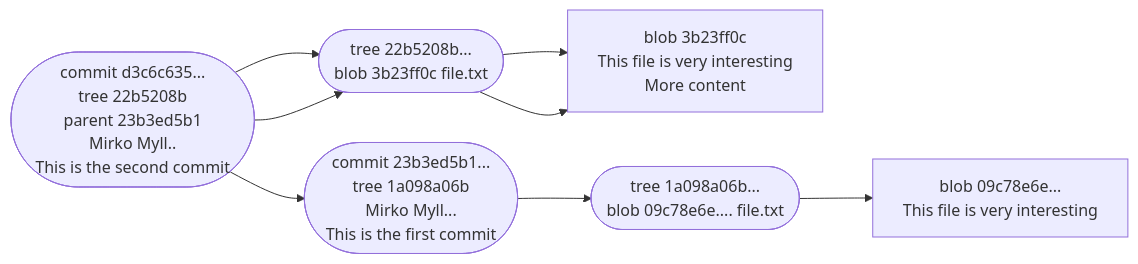
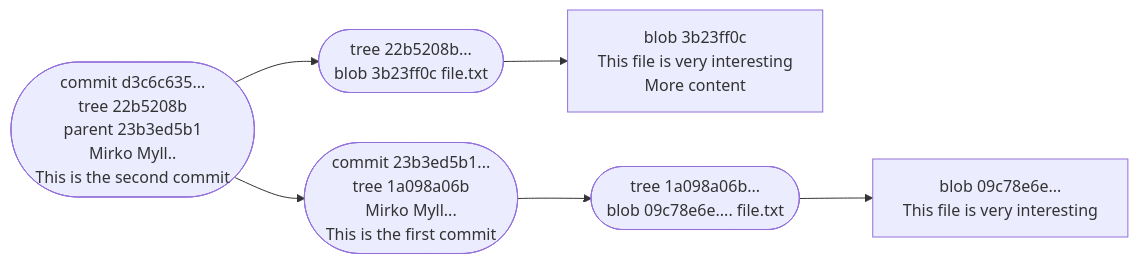
Diagram 15 of 26 in docs/basic-concepts.md (hpc2n/course-intro-git), drawn with Mermaid before and after one commit.

Commit message:
Adding lecture 3

````diff
--- a/docs/basic-concepts.md
+++ b/docs/basic-concepts.md
@@ -963,20 +963,17 @@
 ```mermaid
 graph LR
   secondcommit(["commit d3c6c635...<br>tree 22b5208b<br>parent 23b3ed5b1<br>Mirko Myll..<br>This is the second commit"])
   firstcommit(["commit 23b3ed5b1...<br>tree 1a098a06b<br>Mirko Myll...<br>This is the first commit"])
   
   secondblob["blob 3b23ff0c<br>This file is very interesting<br>More content"]
   firstblob["blob 09c78e6e...<br>This file is very interesting"]
   tree1(["tree 22b5208b...<br>blob 3b23ff0c file.txt"])
   tree2(["tree 1a098a06b...<br>blob 09c78e6e.... file.txt"])
   
   secondcommit --> firstcommit
   secondcommit --> tree1
   tree1 --> secondblob
 
   firstcommit --> tree2 
   tree2 --> firstblob
-  
-  secondcommit --> tree1
-  tree1 --> secondblob
 ```
````
